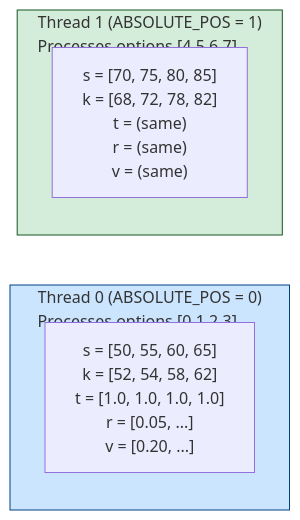
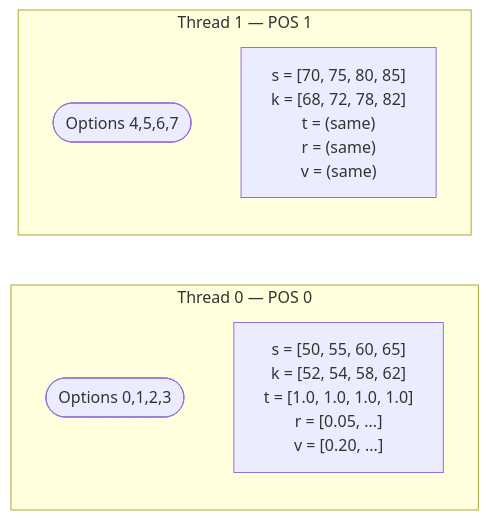
Diagram 14 of 45 in docs/GPU_MAP_OPERATOR.md (alirezaazadi/renoir), drawn with Mermaid before and after one commit. The commit also changed other lines of this file, not shown here.

Commit message:
doc: fix the mermaid charts issues

````diff
--- a/docs/GPU_MAP_OPERATOR.md
+++ b/docs/GPU_MAP_OPERATOR.md
@@ -1297,13 +1260,12 @@
 ```mermaid
 flowchart LR
-    subgraph T0["Thread 0 (ABSOLUTE_POS = 0)\nProcesses options [0,1,2,3]"]
-        T0D["s = [50, 55, 60, 65]\nk = [52, 54, 58, 62]\nt = [1.0, 1.0, 1.0, 1.0]\nr = [0.05, ...]\nv = [0.20, ...]"]
+    subgraph T0["Thread 0 — POS 0"]
+        T0H(["Options 0,1,2,3"])
+        T0D["s = [50, 55, 60, 65]<br/>k = [52, 54, 58, 62]<br/>t = [1.0, 1.0, 1.0, 1.0]<br/>r = [0.05, ...]<br/>v = [0.20, ...]"]
     end
 
-    subgraph T1["Thread 1 (ABSOLUTE_POS = 1)\nProcesses options [4,5,6,7]"]
-        T1D["s = [70, 75, 80, 85]\nk = [68, 72, 78, 82]\nt = (same)\nr = (same)\nv = (same)"]
+    subgraph T1["Thread 1 — POS 1"]
+        T1H(["Options 4,5,6,7"])
+        T1D["s = [70, 75, 80, 85]<br/>k = [68, 72, 78, 82]<br/>t = (same)<br/>r = (same)<br/>v = (same)"]
     end
-
-    style T0 fill:#cce5ff,stroke:#004085
-    style T1 fill:#d4edda,stroke:#155724
 ```
````
